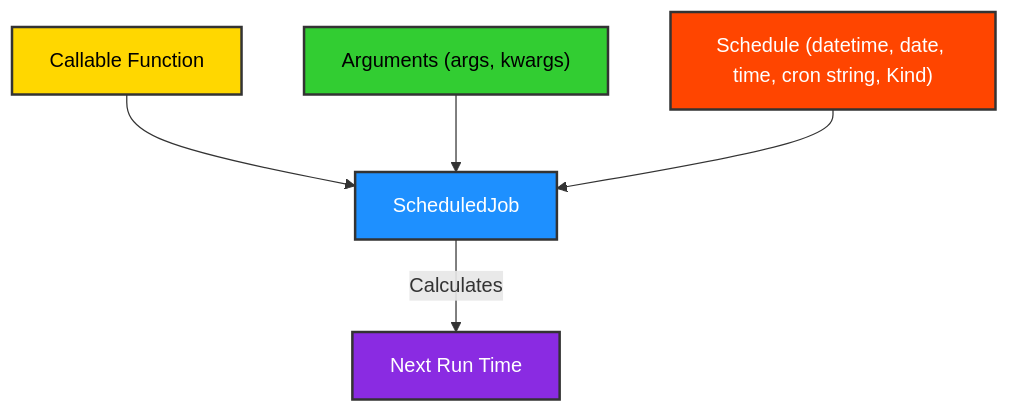
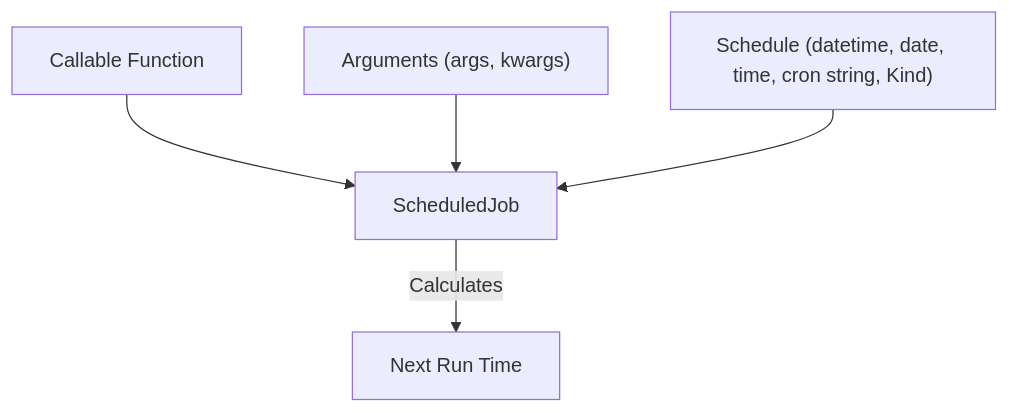
Before and after one commit to ikko/kind: the first of 4 diagrams in scheduler/docs/topic_scheduling/index.md, drawn with Mermaid. The commit also changed other lines of this file and 99 other files, not shown here.

````diff
--- a/scheduler/docs/topic_scheduling/index.md
+++ b/scheduler/docs/topic_scheduling/index.md
@@ -11,13 +11,8 @@
     ```mermaid
     graph TD
             A[Callable Function] --> B[ScheduledJob];
             C[Arguments #40;args, kwargs#41;] --> B;
             D[Schedule #40;datetime, date, time, cron string, Kind#41;] --> B;
             B -- "Calculates" --> E[Next Run Time];
     
-        style A fill:#FFD700,stroke:#333,stroke-width:2px,color:#000000;
-        style B fill:#1E90FF,stroke:#333,stroke-width:2px,color:#FFFFFF;
-        style C fill:#32CD32,stroke:#333,stroke-width:2px,color:#000000;
-        style D fill:#FF4500,stroke:#333,stroke-width:2px,color:#FFFFFF;
-        style E fill:#8A2BE2,stroke:#333,stroke-width:2px,color:#FFFFFF;
     ```
````
